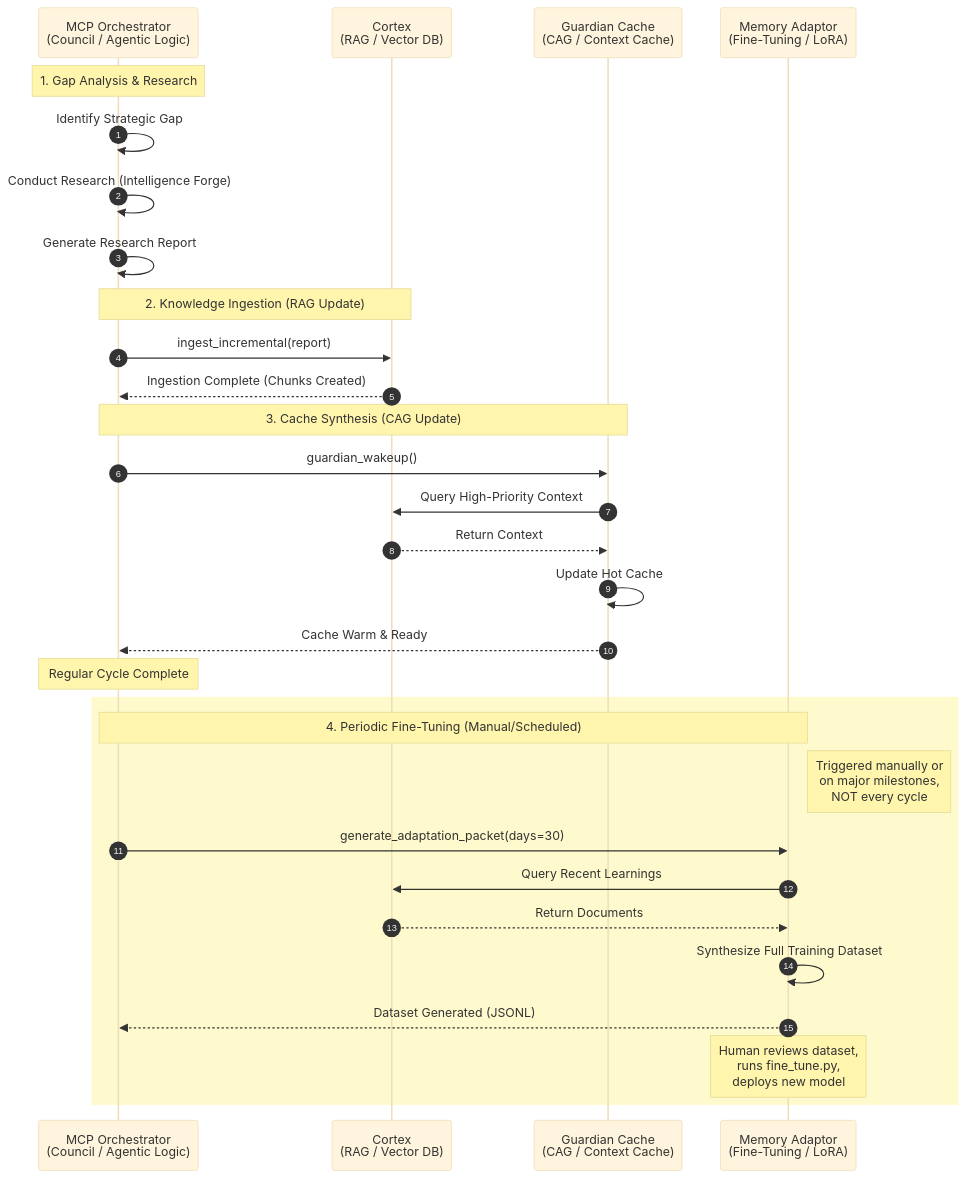
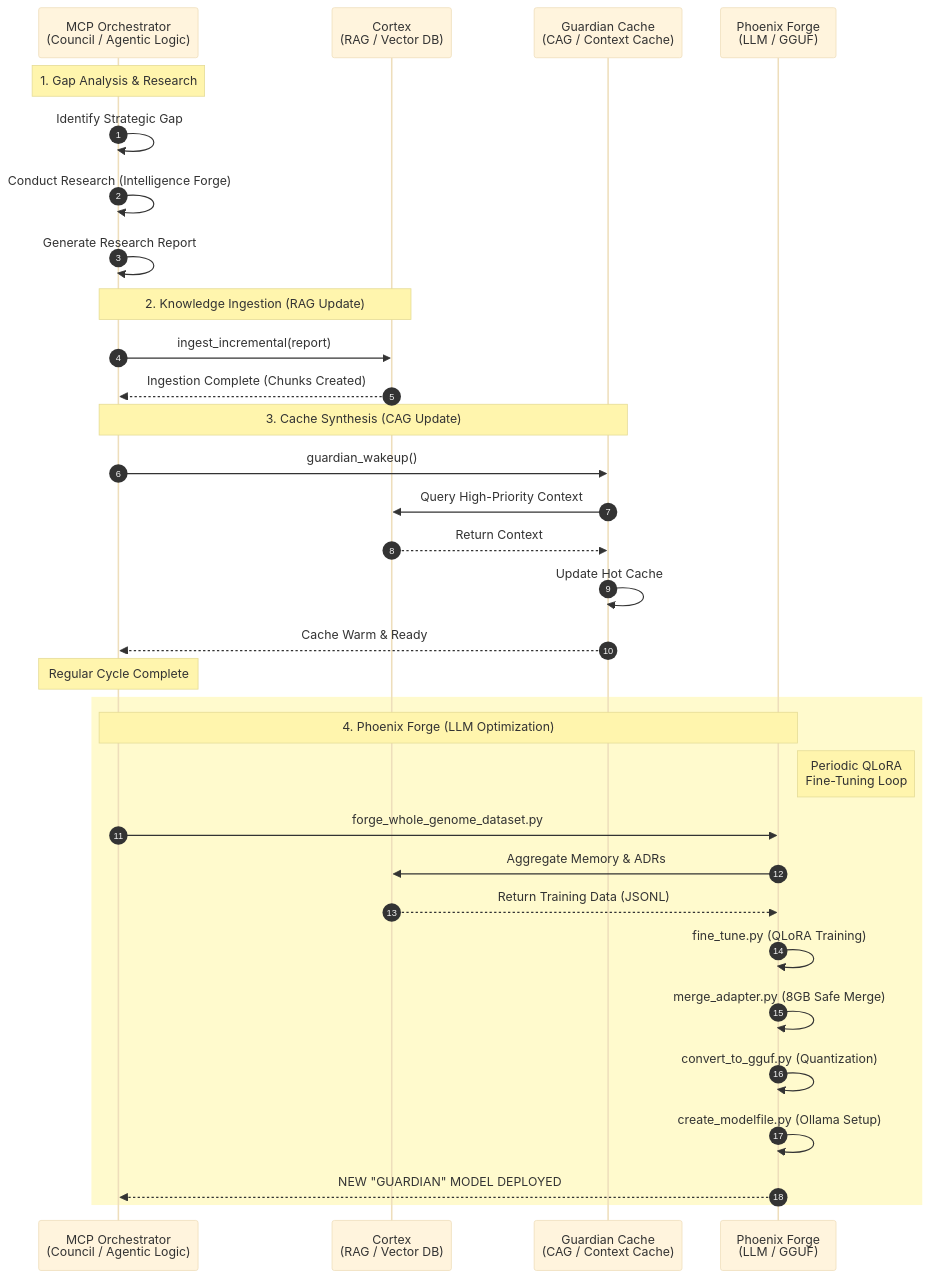
Before and after one commit to richfrem/Project_Sanctuary: the diagram in docs/architecture_diagrams/workflows/strategic_crucible_loop.mmd, drawn with Mermaid. The commit also changed 66 other files, not shown here.

```diff
--- a/docs/architecture_diagrams/workflows/strategic_crucible_loop.mmd
+++ b/docs/architecture_diagrams/workflows/strategic_crucible_loop.mmd
@@ -1,44 +1,46 @@
 ---
 config:
   theme: base
 ---
 %% Name: Strategic Crucible Loop
 %% Source: docs/architecture/mcp_servers/research/RAG_STRATEGIES.md
 %% Location: docs/architecture_diagrams/workflows/strategic_crucible_loop.mmd
 %% Description: Sequence diagram illustrating the autonomous learning cycle between Orchestrator, Cortex, and Memory Adaptor.
 
 sequenceDiagram
     autonumber
     participant O as MCP Orchestrator <BR>(Council / Agentic Logic)
     participant C as Cortex <BR>(RAG / Vector DB)
     participant G as Guardian Cache <BR>(CAG / Context Cache)
-    participant M as Memory Adaptor <BR>(Fine-Tuning / LoRA)
+    participant M as Phoenix Forge <BR>(LLM / GGUF)
 
     Note over O: 1. Gap Analysis & Research
     O->>O: Identify Strategic Gap
     O->>O: Conduct Research (Intelligence Forge)
     O->>O: Generate Research Report
 
     Note over O, C: 2. Knowledge Ingestion (RAG Update)
     O->>C: ingest_incremental(report)
     C-->>O: Ingestion Complete (Chunks Created)
 
     Note over O, G: 3. Cache Synthesis (CAG Update)
     O->>G: guardian_wakeup()
     G->>C: Query High-Priority Context
     C-->>G: Return Context
     G->>G: Update Hot Cache
     G-->>O: Cache Warm & Ready
 
     Note over O: Regular Cycle Complete
 
     rect rgb(255, 250, 205)
-        Note over O, M: 4. Periodic Fine-Tuning (Manual/Scheduled)
-        Note right of M: Triggered manually or<br/>on major milestones,<br/>NOT every cycle
-        O->>M: generate_adaptation_packet(days=30)
-        M->>C: Query Recent Learnings
-        C-->>M: Return Documents
-        M->>M: Synthesize Full Training Dataset
-        M-->>O: Dataset Generated (JSONL)
-        Note over M: Human reviews dataset,<br/>runs fine_tune.py,<br/>deploys new model
+        Note over O, M: 4. Phoenix Forge (LLM Optimization)
+        Note right of M: Periodic QLoRA <br/>Fine-Tuning Loop
+        O->>M: forge_whole_genome_dataset.py
+        M->>C: Aggregate Memory & ADRs
+        C-->>M: Return Training Data (JSONL)
+        M->>M: fine_tune.py (QLoRA Training)
+        M->>M: merge_adapter.py (8GB Safe Merge)
+        M->>M: convert_to_gguf.py (Quantization)
+        M->>M: create_modelfile.py (Ollama Setup)
+        M-->>O: NEW "GUARDIAN" MODEL DEPLOYED
     end
```
